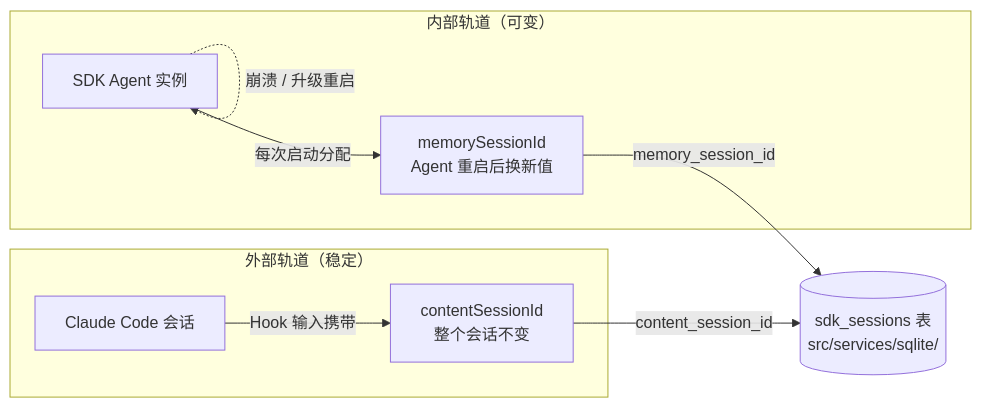
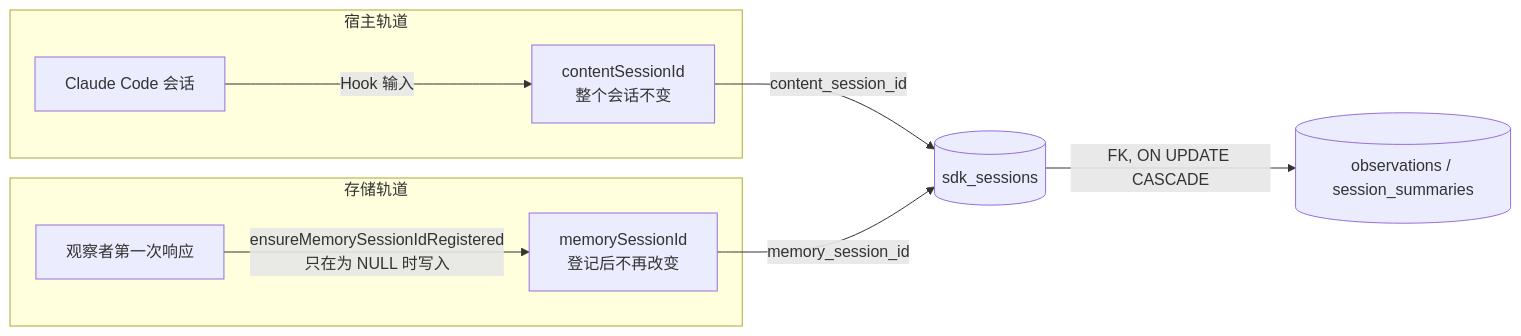
Before and after one commit to diguike/book-claude-mem: the second of 3 diagrams in 02-architecture/ch06-worker-service/README.md, drawn with Mermaid. The commit also changed other lines of this file and 155 other files, not shown here.

````diff
--- a/02-architecture/ch06-worker-service/README.md
+++ b/02-architecture/ch06-worker-service/README.md
@@ -156,12 +151,12 @@
 ```mermaid
 flowchart LR
-    subgraph EXT["外部轨道（稳定）"]
-        CC[Claude Code 会话] -->|Hook 输入携带| CSID["contentSessionId<br/>整个会话不变"]
+    subgraph EXT["宿主轨道"]
+        CC[Claude Code 会话] -->|Hook 输入| CSID["contentSessionId<br/>整个会话不变"]
     end
-    subgraph INT["内部轨道（可变）"]
-        SDK[SDK Agent 实例] -->|每次启动分配| MSID["memorySessionId<br/>Agent 重启后换新值"]
-        SDK -.->|崩溃 / 升级重启| SDK
+    subgraph INT["存储轨道"]
+        SDK[观察者第一次响应] -->|"ensureMemorySessionIdRegistered<br/>只在为 NULL 时写入"| MSID["memorySessionId<br/>登记后不再改变"]
     end
-    CSID -->|content_session_id| DB[("sdk_sessions 表<br/>src/services/sqlite/")]
+    CSID -->|content_session_id| DB[("sdk_sessions")]
     MSID -->|memory_session_id| DB
+    DB -->|"FK, ON UPDATE CASCADE"| OBS[("observations / session_summaries")]
 ```
````
